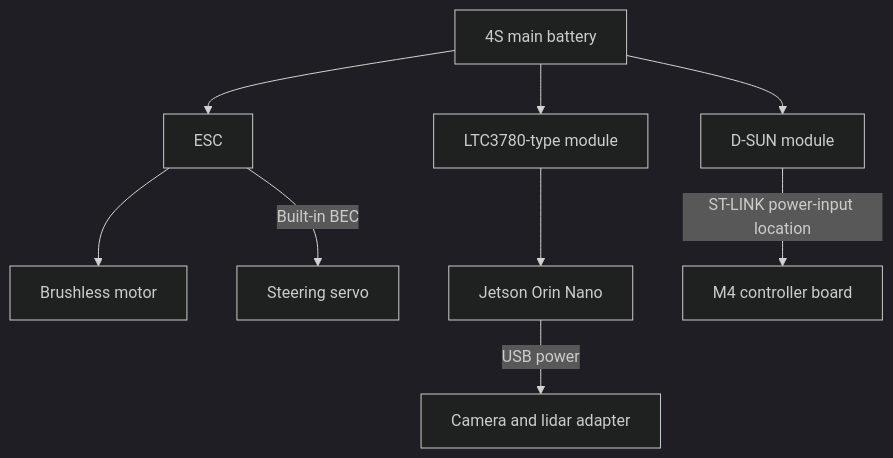
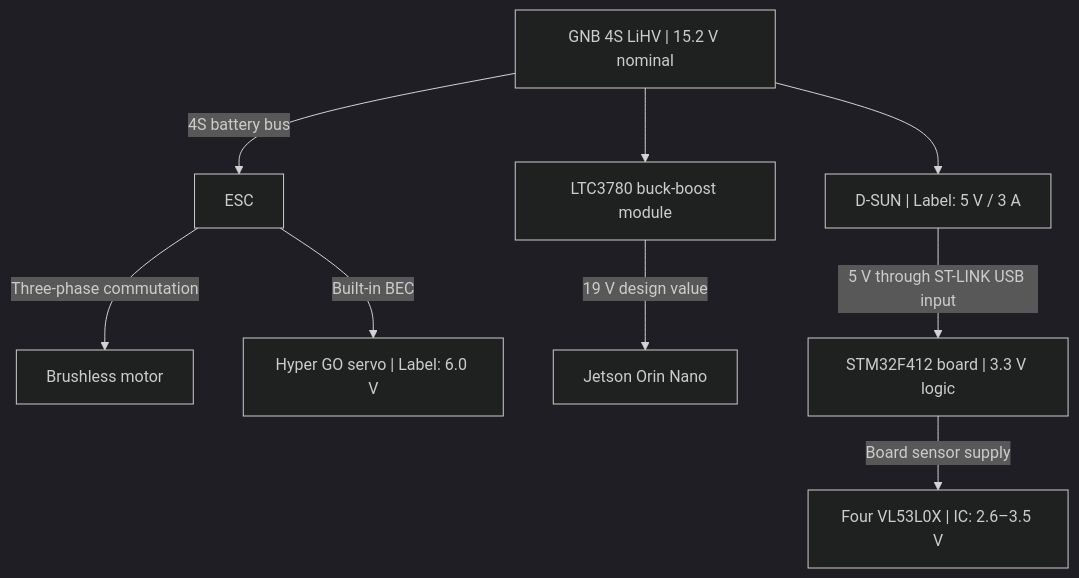
One commit to fan-gu-hao/minitesla-jetson-stm32 changed the first of 3 diagrams in README.en.md. Above: the diagram before and after it, drawn with Mermaid (dark theme). The commit also changed other lines of this file and 2 other files, not shown here.

First line of the commit message:
Expand power specifications and refine bilingual project homepages

````diff
--- a/README.en.md
+++ b/README.en.md
@@ -71,11 +78,12 @@
 ```mermaid
 flowchart TD
-    BAT["4S main battery"] --> ESC["ESC"]
-    ESC --> MOTOR["Brushless motor"]
-    ESC -->|"Built-in BEC"| SERVO["Steering servo"]
-    BAT --> REGJ["LTC3780-type module"]
-    REGJ --> J["Jetson Orin Nano"]
-    J -->|"USB power"| USB["Camera and lidar adapter"]
-    BAT --> REGM["D-SUN module"]
-    REGM -->|"ST-LINK power-input location"| M["M4 controller board"]
+    BAT["GNB 4S LiHV | 15.2 V nominal"]
+    BAT -->|"4S battery bus"| ESC["ESC"]
+    ESC -->|"Three-phase commutation"| MOTOR["Brushless motor"]
+    ESC -->|"Built-in BEC"| SERVO["Hyper GO servo | Label: 6.0 V"]
+    BAT --> REGJ["LTC3780 buck-boost module"]
+    REGJ -->|"19 V design value"| J["Jetson Orin Nano"]
+    BAT --> REGM["D-SUN | Label: 5 V / 3 A"]
+    REGM -->|"5 V through ST-LINK USB input"| M["STM32F412 board | 3.3 V logic"]
+    M -->|"Board sensor supply"| TOF["Four VL53L0X | IC: 2.6–3.5 V"]
 ```
````
